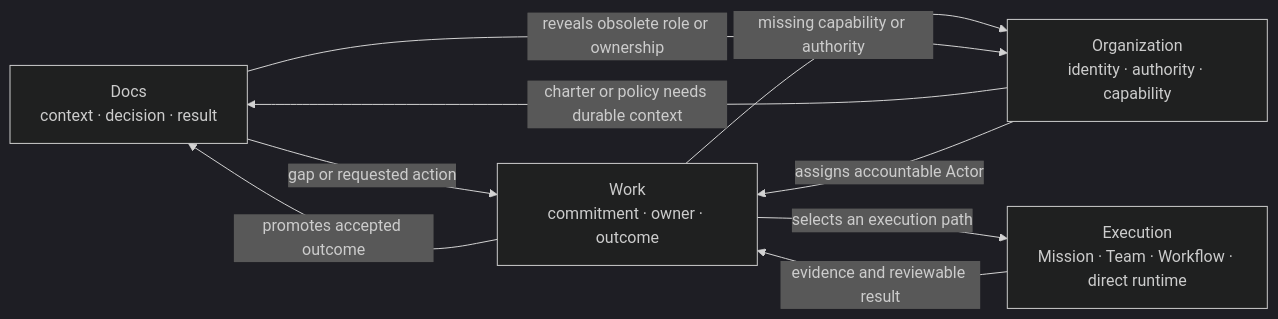
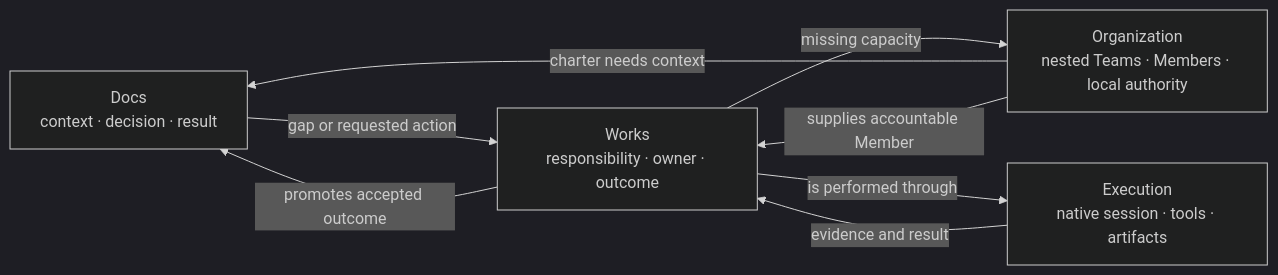
One commit to cyl19970726/multi-agent-harness changed the diagram in docs/company-os/agentos-self-hosting-loop.md. Above: the diagram before and after it, drawn with Mermaid (dark theme). The commit also changed other lines of this file and 19 other files, not shown here.

Commit message:
docs: specify recursive agent team organization

````diff
--- a/docs/company-os/agentos-self-hosting-loop.md
+++ b/docs/company-os/agentos-self-hosting-loop.md
@@ -30,16 +25,15 @@
 ```mermaid
 flowchart LR
   D["Docs<br/>context · decision · result"]
-  W["Work<br/>commitment · owner · outcome"]
-  O["Organization<br/>identity · authority · capability"]
-  E["Execution<br/>Mission · Team · Workflow · direct runtime"]
+  W["Works<br/>responsibility · owner · outcome"]
+  O["Organization<br/>nested Teams · Members · local authority"]
+  E["Execution<br/>native session · tools · artifacts"]
 
-  D -->|"gap or requested action"| W
-  W -->|"missing capability or authority"| O
-  O -->|"charter or policy needs durable context"| D
-  O -->|"assigns accountable Actor"| W
-  W -->|"selects an execution path"| E
-  E -->|"evidence and reviewable result"| W
-  W -->|"promotes accepted outcome"| D
-  D -->|"reveals obsolete role or ownership"| O
+  D -->|gap or requested action| W
+  W -->|missing capacity| O
+  O -->|charter needs context| D
+  O -->|supplies accountable Member| W
+  W -->|is performed through| E
+  E -->|evidence and result| W
+  W -->|promotes accepted outcome| D
 ```
````
